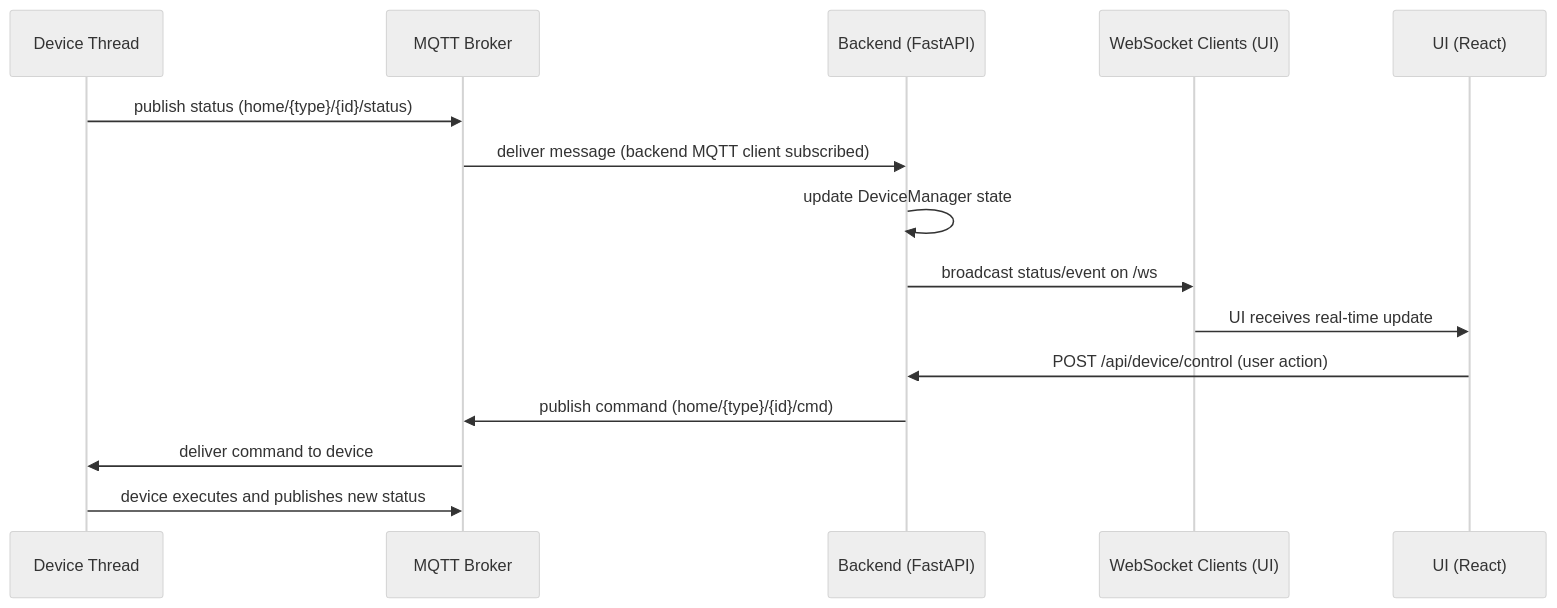
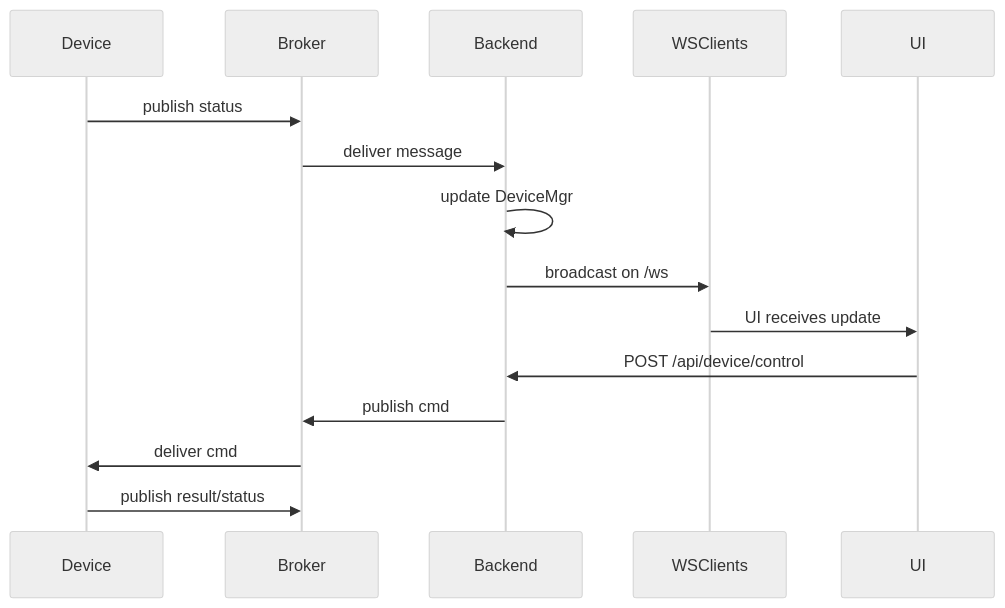
Before and after one commit to aryobagus-RAZ/projek-sistem-terdistribusi: the second of 2 diagrams in README.md, drawn with Mermaid (neutral theme). The commit also changed other lines of this file, not shown here.

````diff
--- a/README.md
+++ b/README.md
@@ -104,20 +104,20 @@
 ```mermaid
 sequenceDiagram
-	participant D as Device Thread
-	participant B as MQTT Broker
-	participant S as Backend (FastAPI)
-	participant W as WebSocket Clients (UI)
-	participant U as UI (React)
+  participant D as Device
+  participant B as Broker
+  participant S as Backend
+  participant W as WSClients
+  participant U as UI
 
-	D->>B: publish status (home/{type}/{id}/status)
-	B->>S: deliver message (backend MQTT client subscribed)
-	S->>S: update DeviceManager state
-	S->>W: broadcast status/event on /ws
-	W->>U: UI receives real-time update
+  D->>B: publish status
+  B->>S: deliver message
+  S->>S: update DeviceMgr
+  S->>W: broadcast on /ws
+  W->>U: UI receives update
 
-	U->>S: POST /api/device/control (user action)
-	S->>B: publish command (home/{type}/{id}/cmd)
-	B->>D: deliver command to device
-	D->>B: device executes and publishes new status
+  U->>S: POST /api/device/control
+  S->>B: publish cmd
+  B->>D: deliver cmd
+  D->>B: publish result/status
 
 ```
````
